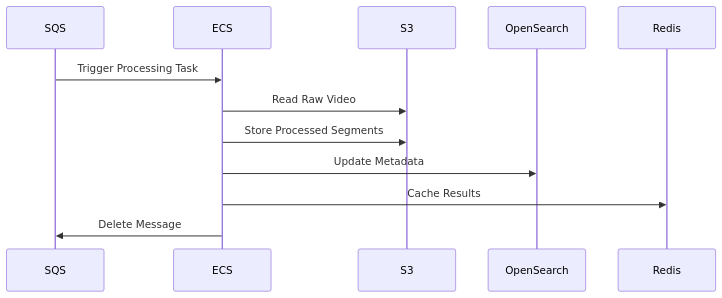
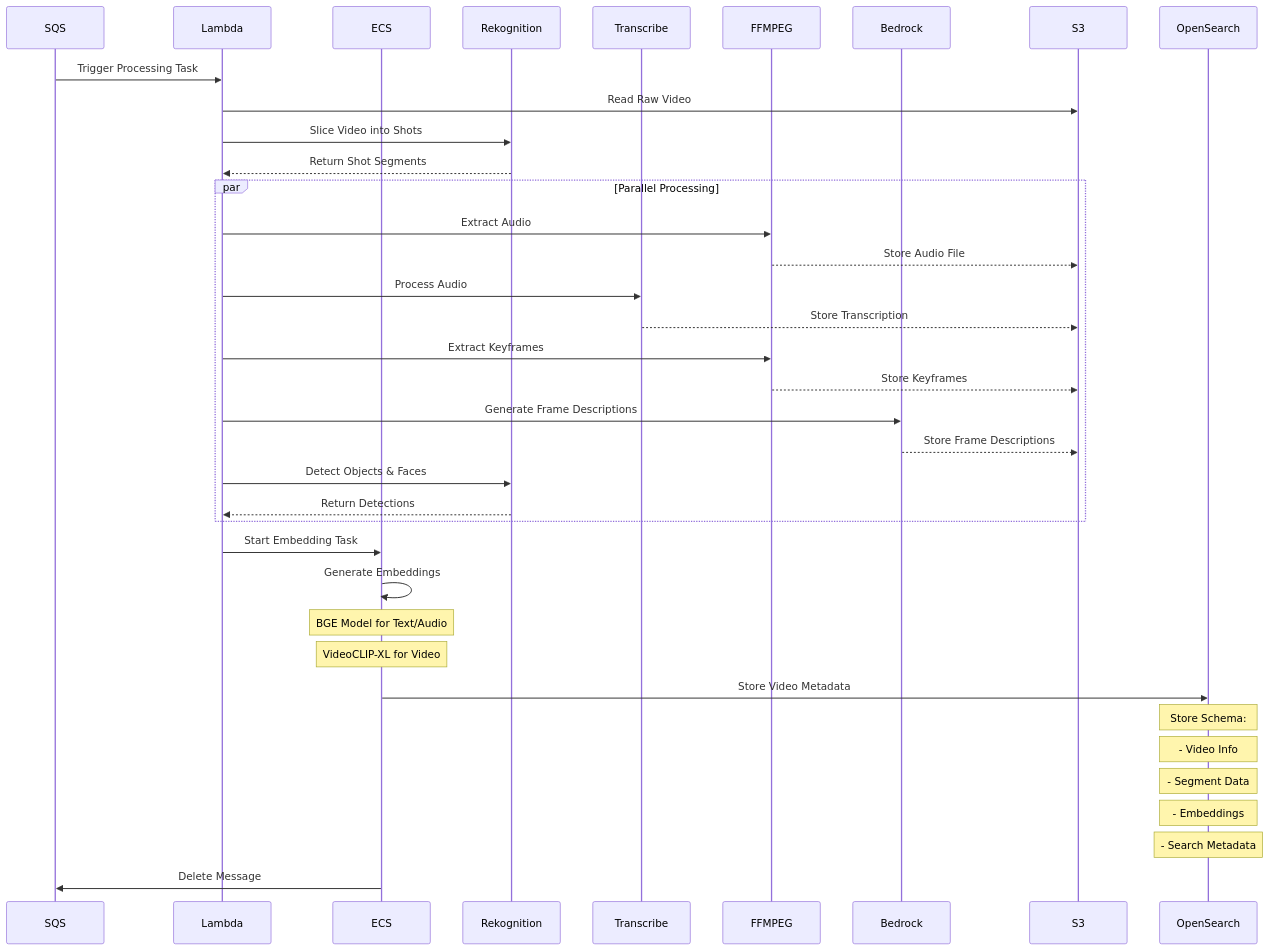
Before and after one commit to yike5460/shortvideo-online: the second of 5 diagrams in README.md, drawn with Mermaid. The commit also changed other lines of this file, not shown here.

````diff
--- a/README.md
+++ b/README.md
@@ -251,15 +260,53 @@
 ```mermaid
 sequenceDiagram
     participant SQS
+    participant Lambda
     participant ECS
+    participant Rekognition
+    participant Transcribe
+    participant FFMPEG
+    participant Bedrock
     participant S3
     participant OpenSearch
-    participant Redis
 
-    SQS->>ECS: Trigger Processing Task
-    ECS->>S3: Read Raw Video
-    ECS->>S3: Store Processed Segments
-    ECS->>OpenSearch: Update Metadata
-    ECS->>Redis: Cache Results
+    SQS->>Lambda: Trigger Processing Task
+    Lambda->>S3: Read Raw Video
+    
+    %% Video Shot Detection and Metadata Extraction
+    Lambda->>Rekognition: Slice Video into Shots
+    Rekognition-->>Lambda: Return Shot Segments
+    
+    par Parallel Processing
+        %% Audio Processing
+        Lambda->>FFMPEG: Extract Audio
+        FFMPEG-->>S3: Store Audio File
+        Lambda->>Transcribe: Process Audio
+        Transcribe-->>S3: Store Transcription
+        
+        %% Visual Processing
+        Lambda->>FFMPEG: Extract Keyframes
+        FFMPEG-->>S3: Store Keyframes
+        Lambda->>Bedrock: Generate Frame Descriptions
+        Bedrock-->>S3: Store Frame Descriptions
+        
+        %% Object & Face Detection
+        Lambda->>Rekognition: Detect Objects & Faces
+        Rekognition-->>Lambda: Return Detections
+    end
+
+    %% Embedding Generation
+    Lambda->>ECS: Start Embedding Task
+    ECS->>ECS: Generate Embeddings
+        note over ECS: BGE Model for Text/Audio
+        note over ECS: VideoCLIP-XL for Video
+    
+    %% Final Processing
+    ECS->>OpenSearch: Store Video Metadata
+        note over OpenSearch: Store Schema:
+        note over OpenSearch: - Video Info
+        note over OpenSearch: - Segment Data
+        note over OpenSearch: - Embeddings
+        note over OpenSearch: - Search Metadata
+    
     ECS->>SQS: Delete Message
 ```
````
